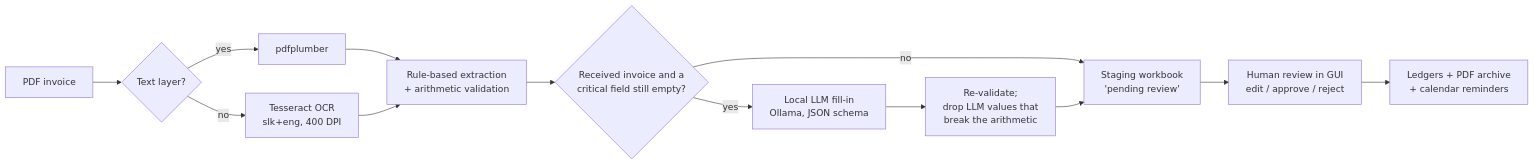
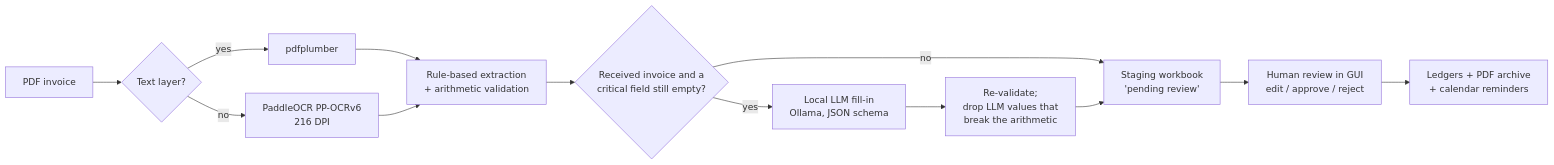
Before and after one commit to ProksaDominik/tds-invoice-system: the diagram in README.md, drawn with Mermaid. The commit also changed other lines of this file and 7 other files, not shown here.

First line of the commit message:
Switch scanned-page OCR from Tesseract to PaddleOCR

````diff
--- a/README.md
+++ b/README.md
@@ -32,15 +32,15 @@
 ```mermaid
 flowchart LR
     pdf[PDF invoice] --> layer{Text layer?}
     layer -- yes --> txt[pdfplumber]
-    layer -- no --> ocr[Tesseract OCR<br/>slk+eng, 400 DPI]
+    layer -- no --> ocr[PaddleOCR PP-OCRv6<br/>216 DPI]
     txt --> rules
     ocr --> rules[Rule-based extraction<br/>+ arithmetic validation]
     rules --> gap{Received invoice and a<br/>critical field still empty?}
     gap -- yes --> llm[Local LLM fill-in<br/>Ollama, JSON schema]
     llm --> check[Re-validate;<br/>drop LLM values that<br/>break the arithmetic]
     gap -- no --> stage
     check --> stage[Staging workbook<br/>'pending review']
     stage --> review[Human review in GUI<br/>edit / approve / reject]
     review --> out[Ledgers + PDF archive<br/>+ calendar reminders]
 ```
````
